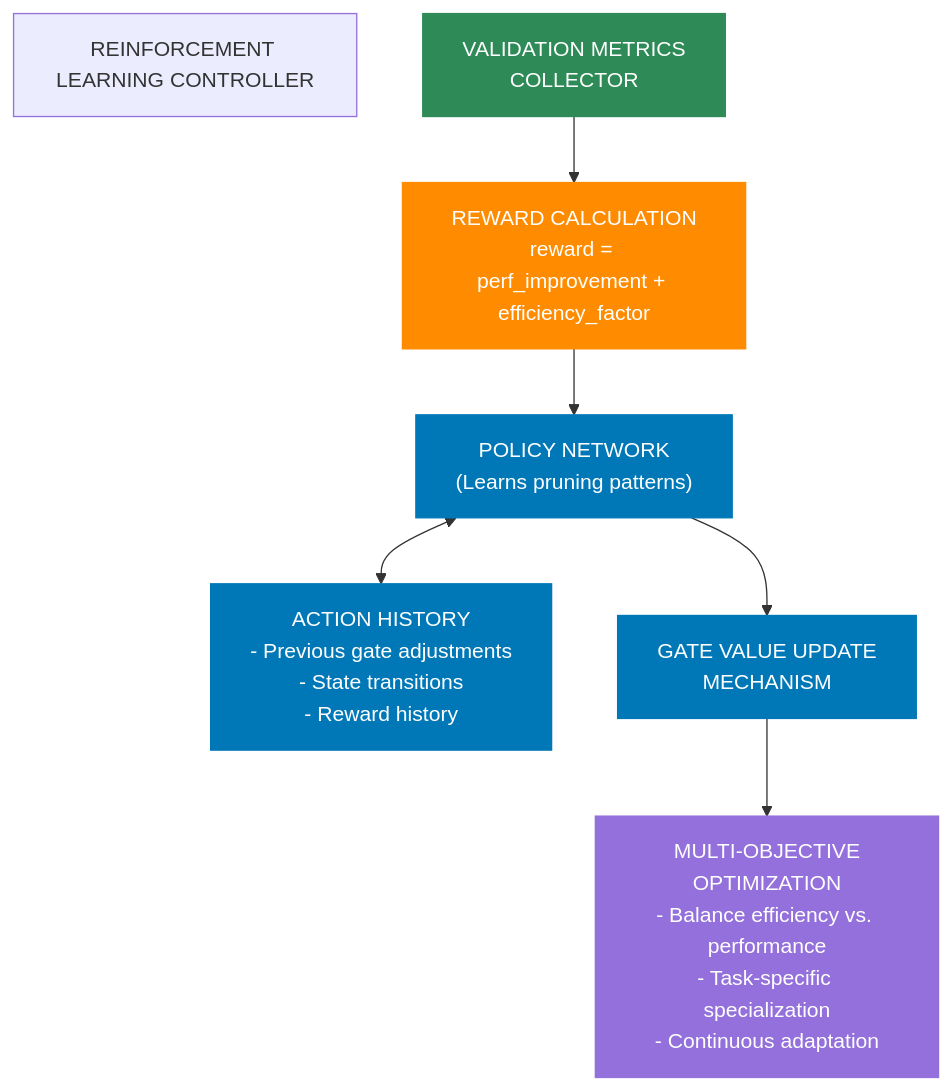
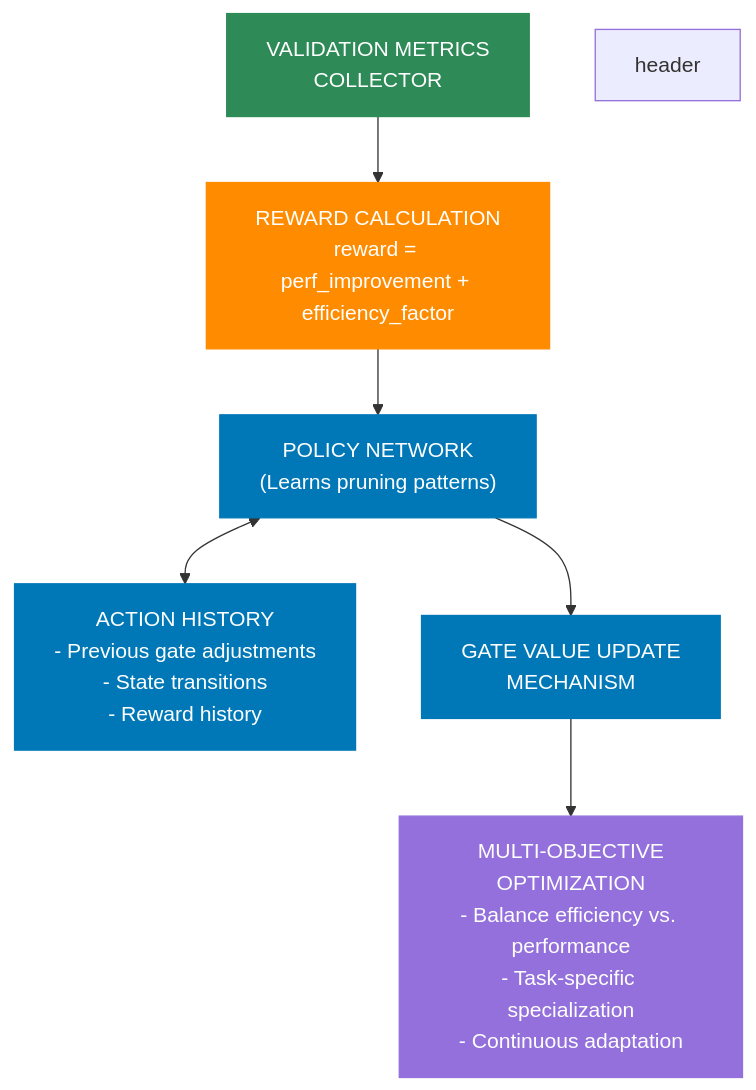
One commit to CambrianTech/sentinel-ai changed the fifth of 6 diagrams in README.md. Above: the diagram before and after it, drawn with Mermaid. The commit also changed other lines of this file, not shown here.

````diff
--- a/README.md
+++ b/README.md
@@ -479,34 +475,33 @@
 ```mermaid
 flowchart TD
     classDef standard fill:#333,stroke:#333,stroke-width:1px,color:#fff
     classDef metrics fill:#2e8b57,stroke:#2e8b57,stroke-width:1px,color:#fff
     classDef reward fill:#ff8c00,stroke:#ff8c00,stroke-width:1px,color:#fff
     classDef policy fill:#0078b8,stroke:#0078b8,stroke-width:1px,color:#fff
     classDef optimization fill:#9370db,stroke:#9370db,stroke-width:1px,color:#fff
     
     %% Main Components
-    header["REINFORCEMENT LEARNING CONTROLLER"]
     metrics["VALIDATION METRICS<br/>COLLECTOR"]
     reward["REWARD CALCULATION<br/>reward = perf_improvement + efficiency_factor"]
     policy["POLICY NETWORK<br/>(Learns pruning patterns)"]
     history["ACTION HISTORY<br/>- Previous gate adjustments<br/>- State transitions<br/>- Reward history"]
     update["GATE VALUE UPDATE<br/>MECHANISM"]
     optimization["MULTI-OBJECTIVE<br/>OPTIMIZATION<br/>- Balance efficiency vs. performance<br/>- Task-specific specialization<br/>- Continuous adaptation"]
     
     %% Connections
         
     metrics --> reward
     reward --> policy
     policy <--> history
     policy --> update
     update --> optimization
     
     %% Styling
     header:::header
     metrics:::metrics
     reward:::reward
     policy:::policy
     history:::policy
     update:::policy
     optimization:::optimization
 ```
````
